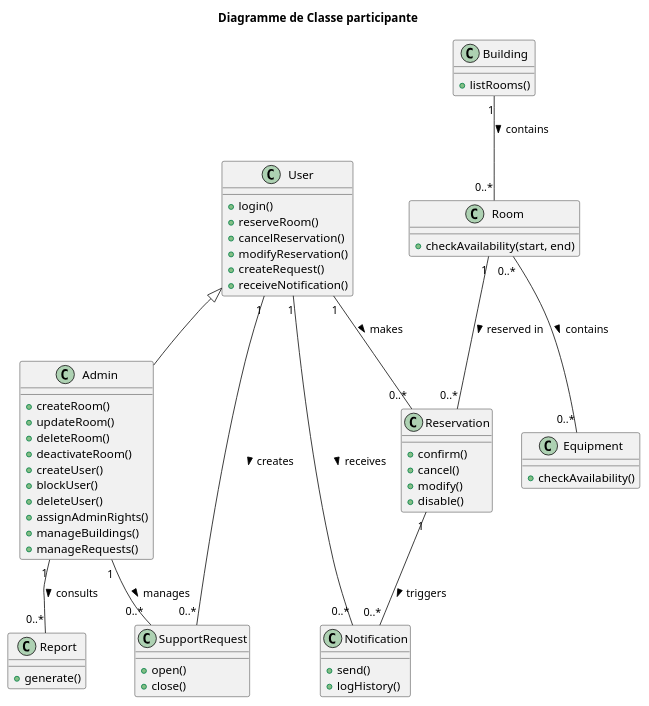
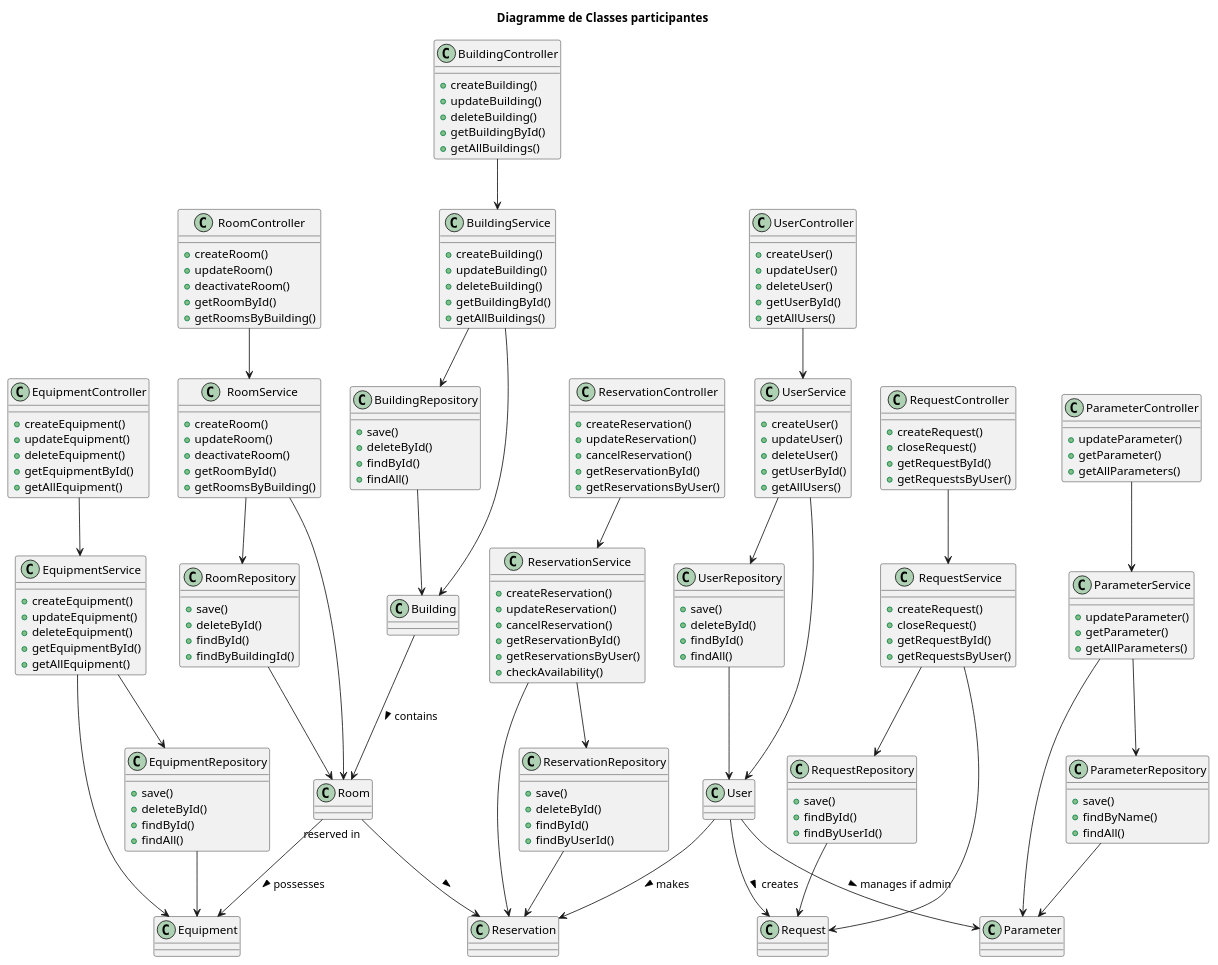
One commit to bastos-rcd/SmartRoom changed the diagram in architecture/logical-view/class.puml. Above: the diagram before and after it, drawn with PlantUML. The commit also changed 4 other files, not shown here.

Commit message:
fix(architecture): update diagram

```diff
--- a/architecture/logical-view/class.puml
+++ b/architecture/logical-view/class.puml
@@ -1,98 +1,244 @@
 @startuml class_diagram
 
-title Diagramme de Classe participante
+title Diagramme de Classes participantes
 
-' =====================
-' Main Actors
-' =====================
-class User {
-  + login()
-  + reserveRoom()
-  + cancelReservation()
-  + modifyReservation()
-  + createRequest()
-  + receiveNotification()
+' ========================
+'       ENTITES DOMAINES
+' ========================
+class User
+class Building
+class Room
+class Equipment
+class Reservation
+class Request
+class Parameter
+
+
+' ========================
+'       USER
+' ========================
+class UserController {
+  + createUser()
+  + updateUser()
+  + deleteUser()
+  + getUserById()
+  + getAllUsers()
 }
 
-class Admin {
+class UserService {
+  + createUser()
+  + updateUser()
+  + deleteUser()
+  + getUserById()
+  + getAllUsers()
+}
+
+class UserRepository {
+  + save()
+  + deleteById()
+  + findById()
+  + findAll()
+}
+
+UserController --> UserService
+UserService --> UserRepository
+UserService --> User
+UserRepository --> User
+
+
+' ========================
+'       BUILDING
+' ========================
+class BuildingController {
+  + createBuilding()
+  + updateBuilding()
+  + deleteBuilding()
+  + getBuildingById()
+  + getAllBuildings()
+}
+
+class BuildingService {
+  + createBuilding()
+  + updateBuilding()
+  + deleteBuilding()
+  + getBuildingById()
+  + getAllBuildings()
+}
+
+class BuildingRepository {
+  + save()
+  + deleteById()
+  + findById()
+  + findAll()
+}
+
+BuildingController --> BuildingService
+BuildingService --> BuildingRepository
+BuildingService --> Building
+BuildingRepository --> Building
+
+
+' ========================
+'       ROOM
+' ========================
+class RoomController {
   + createRoom()
   + updateRoom()
-  + deleteRoom()
   + deactivateRoom()
-  + createUser()
-  + blockUser()
-  + deleteUser()
-  + assignAdminRights()
-  + manageBuildings()
-  + manageRequests()
+  + getRoomById()
+  + getRoomsByBuilding()
 }
 
-User <|-- Admin
-
-' =====================
-' Buildings & Rooms
-' =====================
-class Building {
-  + listRooms()
+class RoomService {
+  + createRoom()
+  + updateRoom()
+  + deactivateRoom()
+  + getRoomById()
+  + getRoomsByBuilding()
 }
 
-class Room {
-  + checkAvailability(start, end)
+class RoomRepository {
+  + save()
+  + deleteById()
+  + findById()
+  + findByBuildingId()
 }
 
-Building "1" -- "0..*" Room : contains >
+RoomController --> RoomService
+RoomService --> RoomRepository
+RoomService --> Room
+RoomRepository --> Room
 
-' =====================
-' Equipment
-' =====================
-class Equipment {
+Building --> Room : contains >
+
+
+' ========================
+'       EQUIPMENT
+' ========================
+class EquipmentController {
+  + createEquipment()
+  + updateEquipment()
+  + deleteEquipment()
+  + getEquipmentById()
+  + getAllEquipment()
+}
+
+class EquipmentService {
+  + createEquipment()
+  + updateEquipment()
+  + deleteEquipment()
+  + getEquipmentById()
+  + getAllEquipment()
+}
+
+class EquipmentRepository {
+  + save()
+  + deleteById()
+  + findById()
+  + findAll()
+}
+
+EquipmentController --> EquipmentService
+EquipmentService --> EquipmentRepository
+EquipmentService --> Equipment
+EquipmentRepository --> Equipment
+
+Room --> Equipment : possesses >
+
+
+' ========================
+'       RESERVATION
+' ========================
+class ReservationController {
+  + createReservation()
+  + updateReservation()
+  + cancelReservation()
+  + getReservationById()
+  + getReservationsByUser()
+}
+
+class ReservationService {
+  + createReservation()
+  + updateReservation()
+  + cancelReservation()
+  + getReservationById()
+  + getReservationsByUser()
   + checkAvailability()
 }
 
-Room "0..*" -- "0..*" Equipment : contains >
-
-' =====================
-' Reservations
-' =====================
-class Reservation {
-  + confirm()
-  + cancel()
-  + modify()
-  + disable()
+class ReservationRepository {
+  + save()
+  + deleteById()
+  + findById()
+  + findByUserId()
 }
 
-User "1" -- "0..*" Reservation : makes >
-Room "1" -- "0..*" Reservation : reserved in >
+ReservationController --> ReservationService
+ReservationService --> ReservationRepository
+ReservationService --> Reservation
+ReservationRepository --> Reservation
 
-' =====================
-' Notifications
-' =====================
-class Notification {
-  + send()
-  + logHistory()
+User --> Reservation : makes >
+Room --> Reservation : "reserved in" >
+
+
+' ========================
+'       SUPPORT REQUEST
+' ========================
+class RequestController {
+  + createRequest()
+  + closeRequest()
+  + getRequestById()
+  + getRequestsByUser()
 }
 
-Reservation "1" -- "0..*" Notification : triggers >
-User "1" -- "0..*" Notification : receives >
-
-' =====================
-' Reporting
-' =====================
-class Report {
-  + generate()
+class RequestService {
+  + createRequest()
+  + closeRequest()
+  + getRequestById()
+  + getRequestsByUser()
 }
 
-Admin "1" -- "0..*" Report : consults >
-
-' =====================
-' Support Requests
-' =====================
-class SupportRequest {
-  + open()
-  + close()
+class RequestRepository {
+  + save()
+  + findById()
+  + findByUserId()
 }
 
-User "1" -- "0..*" SupportRequest : creates >
-Admin "1" -- "0..*" SupportRequest : manages >
+RequestController --> RequestService
+RequestService --> RequestRepository
+RequestService --> Request
+RequestRepository --> Request
+
+User --> Request : creates >
+
+
+' ========================
+'       PARAMETERS
+' ========================
+class ParameterController {
+  + updateParameter()
+  + getParameter()
+  + getAllParameters()
+}
+
+class ParameterService {
+  + updateParameter()
+  + getParameter()
+  + getAllParameters()
+}
+
+class ParameterRepository {
+  + save()
+  + findByName()
+  + findAll()
+}
+
+ParameterController --> ParameterService
+ParameterService --> ParameterRepository
+ParameterService --> Parameter
+ParameterRepository --> Parameter
+
+User --> Parameter : manages if admin >
 
 @enduml
```
